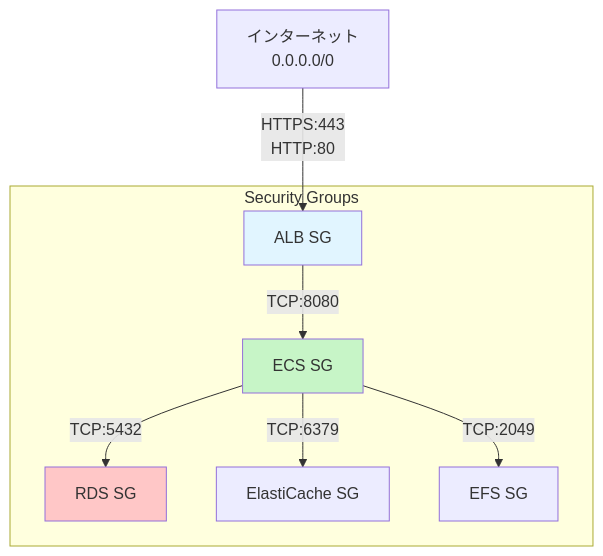
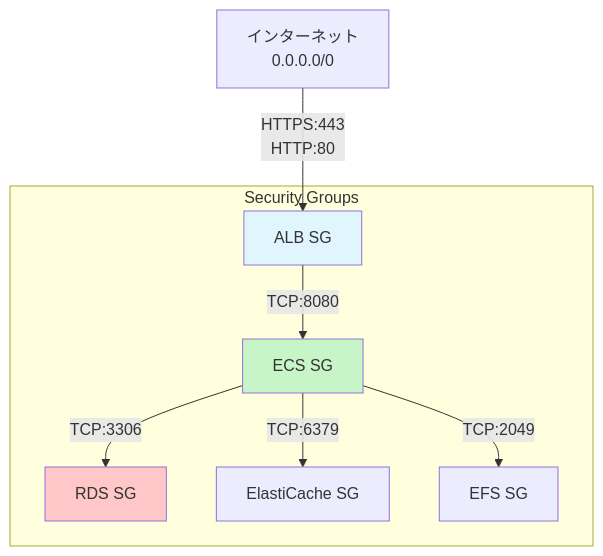
The third of 6 diagrams in docs/02_design/basic/10_architecture_diagrams/network_diagram.md (k-tanaka-522/niigatacity-kaigo-subsystem), drawn with Mermaid before and after one commit. The commit also changed 11 other files, not shown here.

````diff
--- a/docs/02_design/basic/10_architecture_diagrams/network_diagram.md
+++ b/docs/02_design/basic/10_architecture_diagrams/network_diagram.md
@@ -142,22 +142,22 @@
 ```mermaid
 graph TB
     INTERNET[インターネット<br/>0.0.0.0/0]
 
     subgraph "Security Groups"
         SG_ALB[ALB SG]
         SG_ECS[ECS SG]
         SG_RDS[RDS SG]
         SG_CACHE[ElastiCache SG]
         SG_EFS[EFS SG]
     end
 
     INTERNET -->|HTTPS:443<br/>HTTP:80| SG_ALB
     SG_ALB -->|TCP:8080| SG_ECS
-    SG_ECS -->|TCP:5432| SG_RDS
+    SG_ECS -->|TCP:3306| SG_RDS
     SG_ECS -->|TCP:6379| SG_CACHE
     SG_ECS -->|TCP:2049| SG_EFS
 
     style SG_ALB fill:#e1f5ff
     style SG_ECS fill:#c7f5c7
     style SG_RDS fill:#ffc7c7
 ```
````
